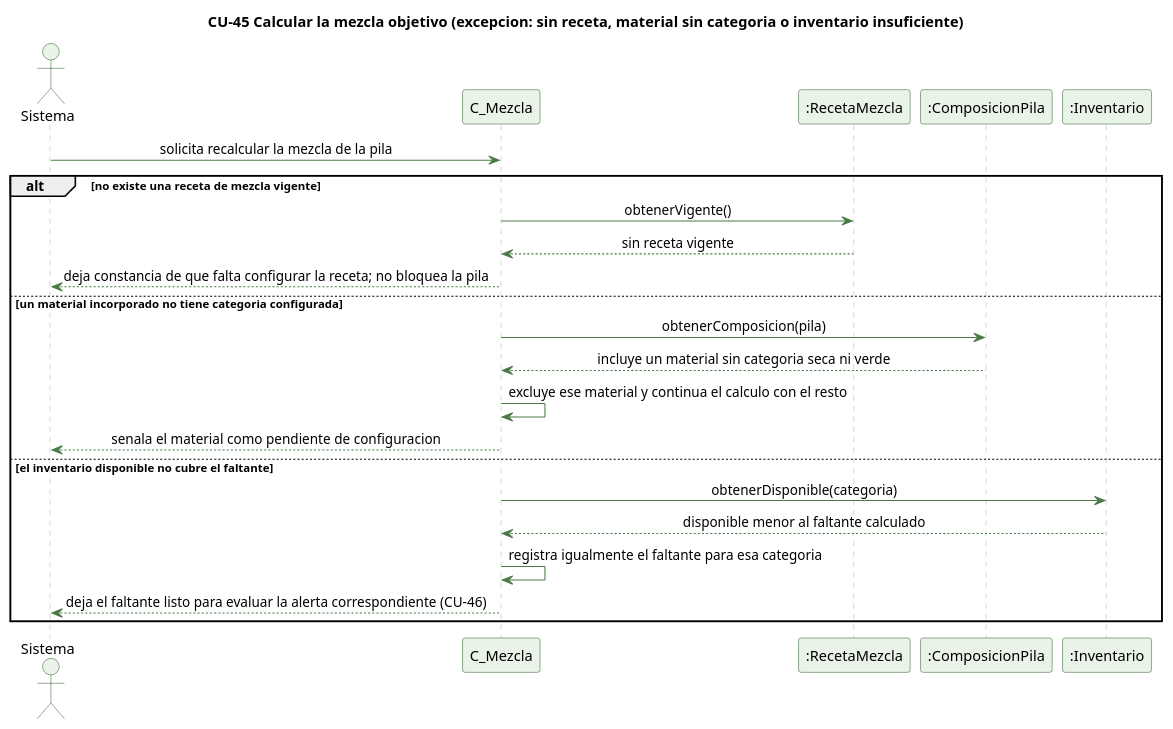
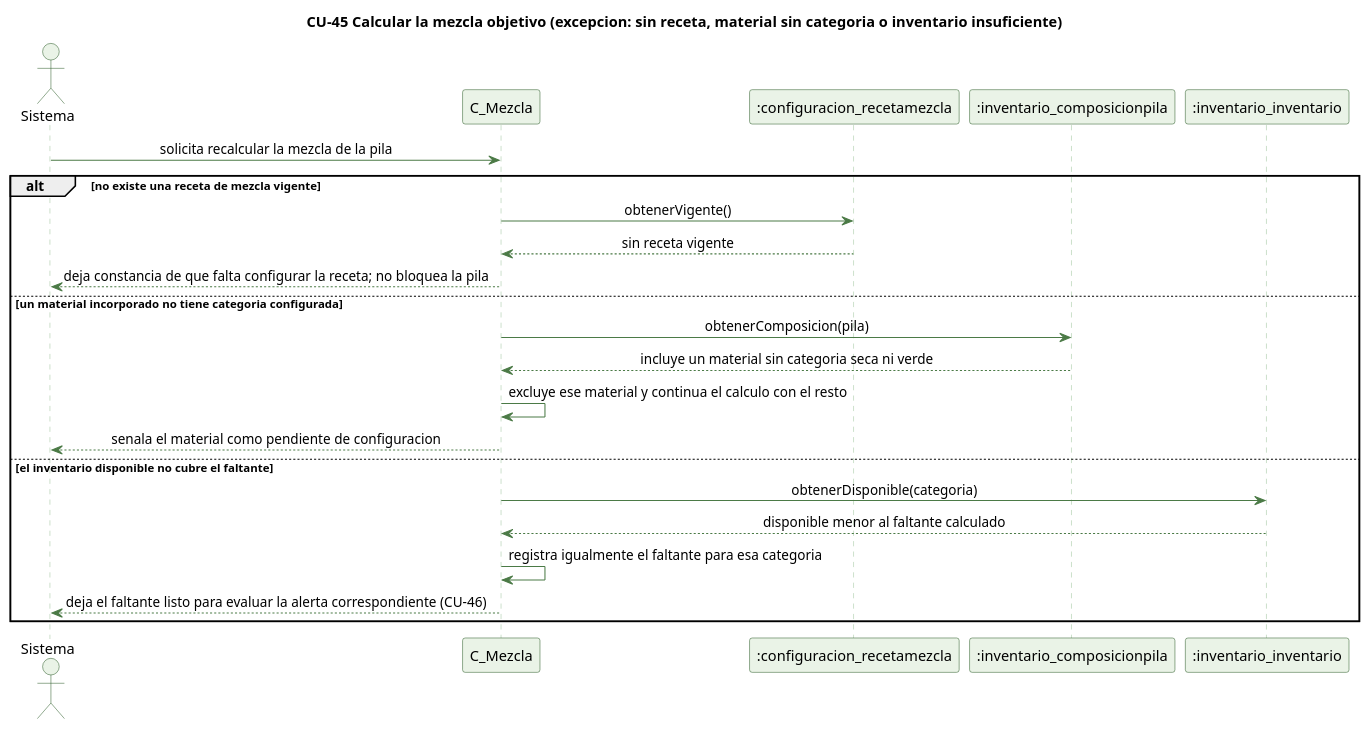
The diagram in docs/trabajo-grupal/diagramas/secuencias/cu45-mezcla-objetivo-excepcion.puml (kenjikaese/Triverde), drawn with PlantUML before and after one commit. The commit also changed 215 other files, not shown here.

```diff
--- a/docs/trabajo-grupal/diagramas/secuencias/cu45-mezcla-objetivo-excepcion.puml
+++ b/docs/trabajo-grupal/diagramas/secuencias/cu45-mezcla-objetivo-excepcion.puml
@@ -1,39 +1,39 @@
 @startuml cu45-mezcla-objetivo-excepcion
 ' CU-45 Calculando la mezcla objetivo de una pila - flujo de excepcion
 skinparam backgroundColor #FFFFFF
 skinparam shadowing false
 skinparam defaultFontName Helvetica
 skinparam sequenceMessageAlign center
 skinparam ParticipantBackgroundColor #EAF3E7
 skinparam ParticipantBorderColor #2E5E2A
 skinparam ActorBackgroundColor #EAF3E7
 skinparam ActorBorderColor #2E5E2A
 skinparam sequenceLifeLineBorderColor #9CC49A
 skinparam ArrowColor #4B7A46
 
 title CU-45 Calcular la mezcla objetivo (excepcion: sin receta, material sin categoria o inventario insuficiente)
 
 actor Sistema
 participant "C_Mezcla" as C
-participant ":RecetaMezcla" as RM
-participant ":ComposicionPila" as CP
-participant ":Inventario" as I
+participant ":configuracion_recetamezcla" as RM
+participant ":inventario_composicionpila" as CP
+participant ":inventario_inventario" as I
 
 Sistema -> C : solicita recalcular la mezcla de la pila
 alt no existe una receta de mezcla vigente
   C -> RM : obtenerVigente()
   RM --> C : sin receta vigente
   C --> Sistema : deja constancia de que falta configurar la receta; no bloquea la pila
 else un material incorporado no tiene categoria configurada
   C -> CP : obtenerComposicion(pila)
   CP --> C : incluye un material sin categoria seca ni verde
   C -> C : excluye ese material y continua el calculo con el resto
   C --> Sistema : senala el material como pendiente de configuracion
 else el inventario disponible no cubre el faltante
   C -> I : obtenerDisponible(categoria)
   I --> C : disponible menor al faltante calculado
   C -> C : registra igualmente el faltante para esa categoria
   C --> Sistema : deja el faltante listo para evaluar la alerta correspondiente (CU-46)
 end
 
 @enduml
```
